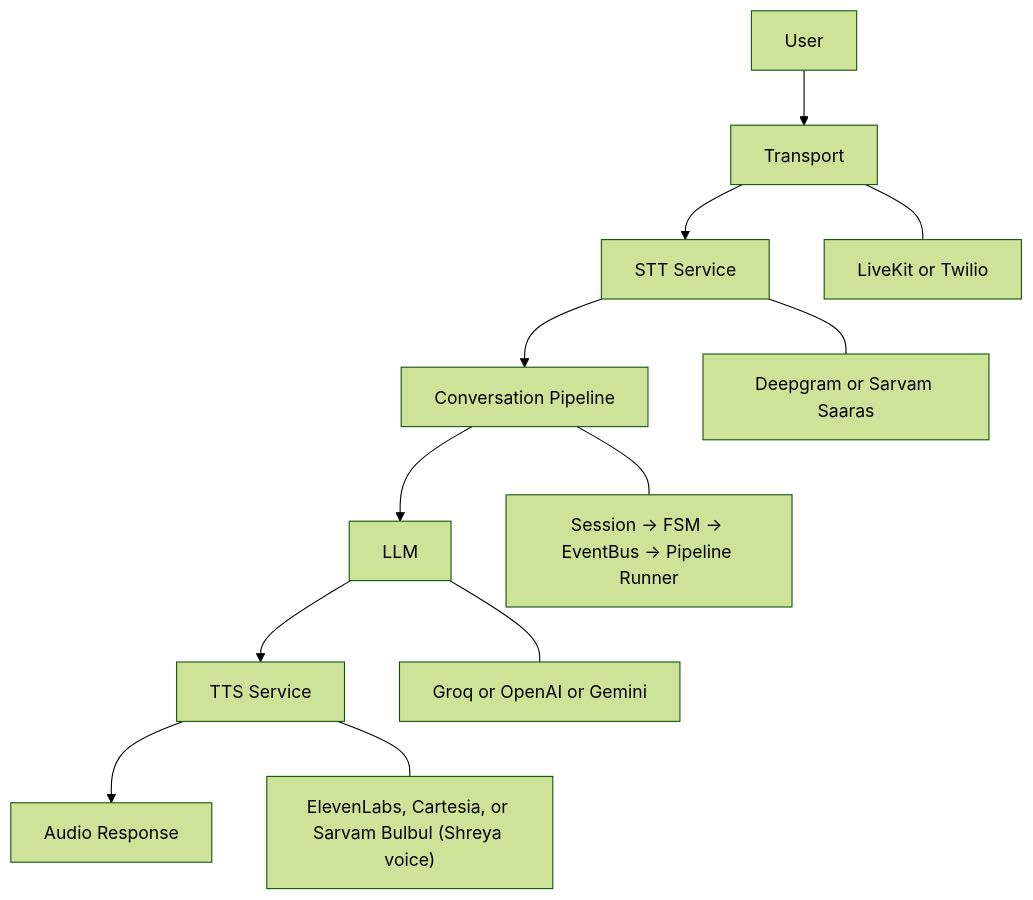
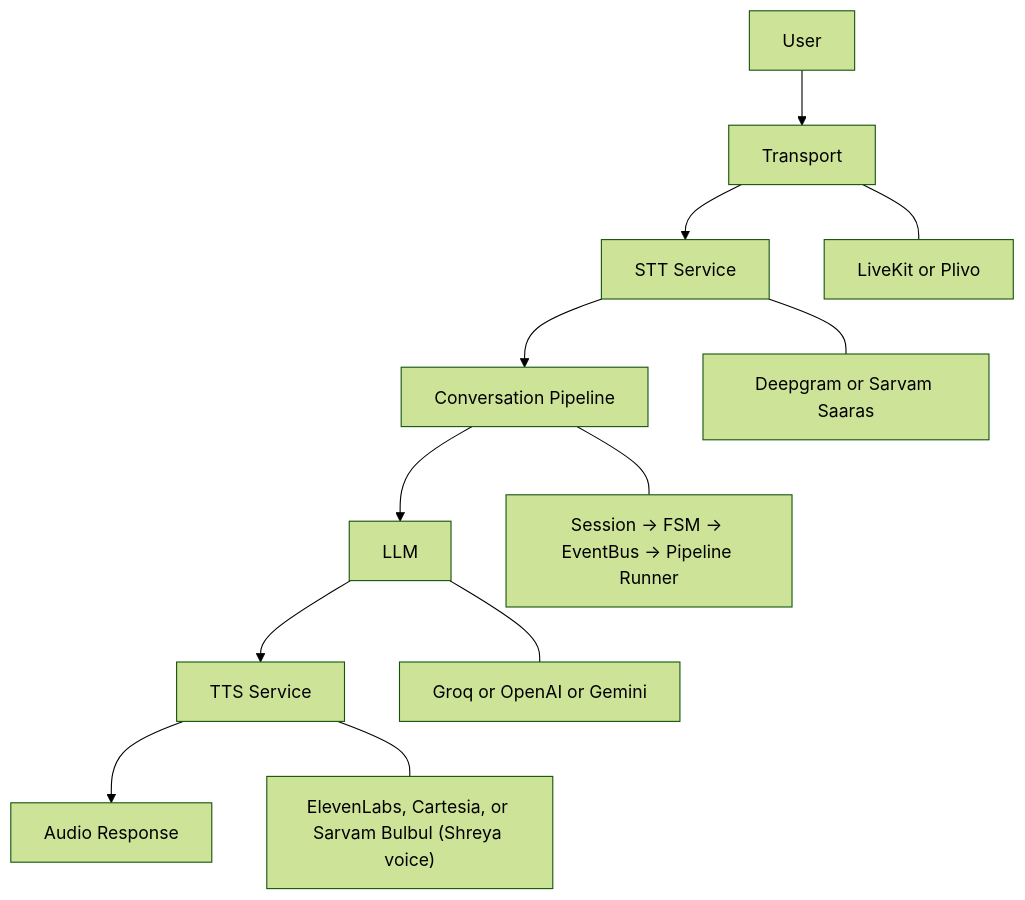
One commit to Gargi3012/Cybernauts_Integrated changed the diagram in Team B/README.md. Above: the diagram before and after it, drawn with Mermaid (forest theme). The commit also changed other lines of this file and 78 other files, not shown here.

````diff
--- a/Team B/README.md
+++ b/Team B/README.md
@@ -36,21 +36,21 @@
 ```mermaid
 flowchart TD
     A[User] --> B[Transport]
     B --> C[STT Service]
     C --> D[Conversation Pipeline]
     D --> E[LLM]
     E --> F[TTS Service]
     F --> G[Audio Response]
 
-    B_NOTE["LiveKit or Twilio"]
+    B_NOTE["LiveKit or Plivo"]
     C_NOTE["Deepgram or Sarvam Saaras"]
     D_NOTE["Session → FSM → EventBus → Pipeline Runner"]
     E_NOTE["Groq or OpenAI or Gemini"]
     F_NOTE["ElevenLabs, Cartesia, or Sarvam Bulbul (Shreya voice)"]
 
     B --- B_NOTE
     C --- C_NOTE
     D --- D_NOTE
     E --- E_NOTE
     F --- F_NOTE
 ```
````
